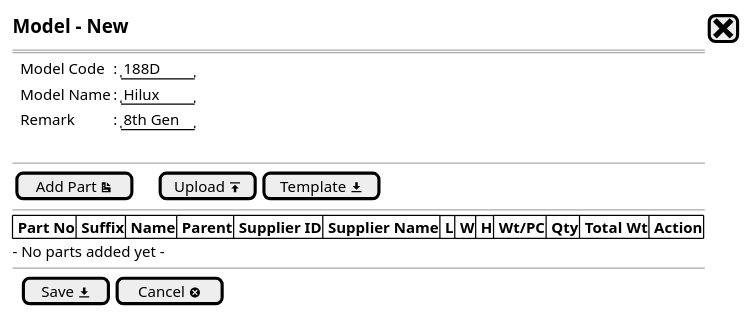
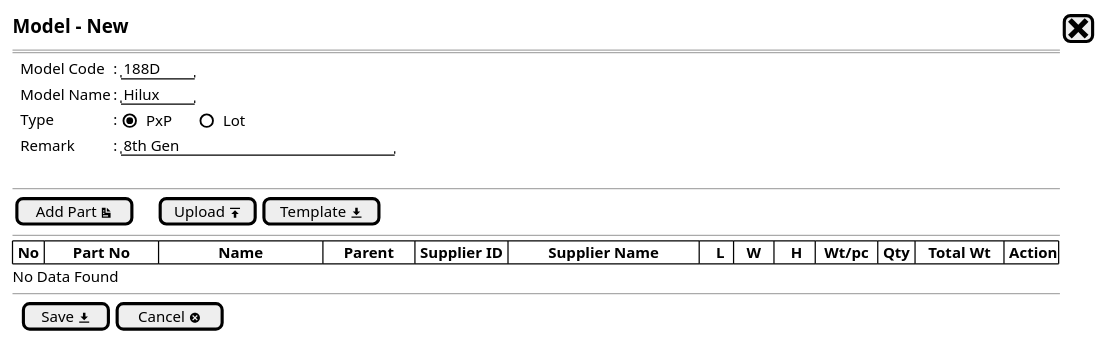
One commit to ari-fikri/packing-cost-mockup changed the diagram in Model/model - newstep1a.puml. Above: the diagram before and after it, drawn with PlantUML. The commit also changed 5 other files, not shown here.

Commit message:
- Add Type (Lot/PxP) field - Padding table fields for better and consisten view

```diff
--- a/Model/model - newstep1a.puml
+++ b/Model/model - newstep1a.puml
@@ -1,27 +1,28 @@
 @startsalt
 {
   <size:15><b>Model - New |[<size:25><&x>]|*
   ==
   
   {   
     .|Model Code |: |"188D   "|*
     .|Model Name |: |"Hilux  "|*
-    .|Remark     |: |"8th Gen"|*
+    .|Type       |: { (X)PxP      |   ()Lot  }*    
+    .|Remark     |: |"8th Gen                    "|*
   }
   .
 --
   {
     [Add Part <&document>]|.|.|.|[Upload <&data-transfer-upload>]| [Template <&data-transfer-download>]|
   }
   --
   {#
-    |<b> Part No |<b> Suffix |<b> Name |<b> Parent |<b> Supplier ID |<b> Supplier Name |<b> L |<b> W |<b> H |<b> Wt/PC |<b> Qty |<b> Total Wt |<b> Action |*|*|*|*|*|*|*
+    | <b>No |       <b>Part No       |               <b>Name               |     <b>Parent     | <b>Supplier ID |          <b>Supplier Name          |    <b>L  |   <b>W   |    <b>H   |  <b>Wt/pc  | <b>Qty |<b>   Total Wt   |<b> Action |*|*
   }
-  - No parts added yet -
+  No Data Found
   --
   {
   .|[ Save <&data-transfer-download>] |  [Cancel <&circle-x> ]|*
   }
 }
 
   @endsalt
```
